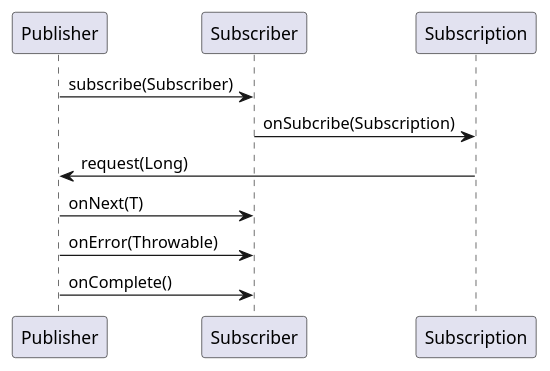
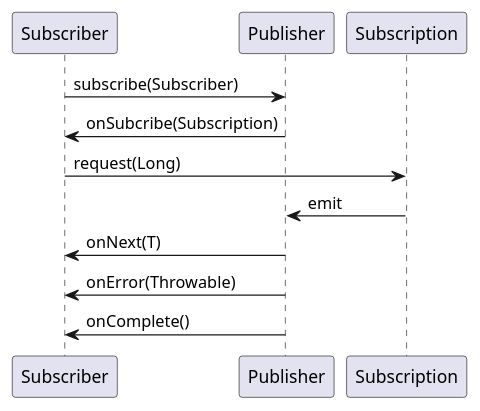
Before and after one commit to Wang-Ray/Wang-Ray.github.io: the diagram in assets/plantuml/reactive-sequence.md, drawn with PlantUML. The commit also changed 4 other files, not shown here.

````diff
--- a/assets/plantuml/reactive-sequence.md
+++ b/assets/plantuml/reactive-sequence.md
@@ -1,13 +1,15 @@
 ```plantuml
 @startuml
-Publisher -> Subscriber: subscribe(Subscriber)
+Subscriber -> Publisher: subscribe(Subscriber)
 
-Subscriber ->  Subscription: onSubcribe(Subscription)
+Publisher ->  Subscriber: onSubcribe(Subscription)
 
-Subscription -> Publisher: request(Long)
+Subscriber -> Subscription: request(Long)
+
+Subscription -> Publisher: emit
 
 Publisher -> Subscriber: onNext(T)
 Publisher -> Subscriber: onError(Throwable)
 Publisher -> Subscriber: onComplete()
 @enduml
 ```
````
